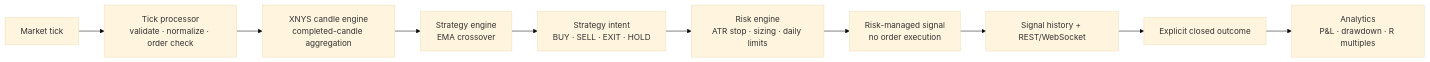
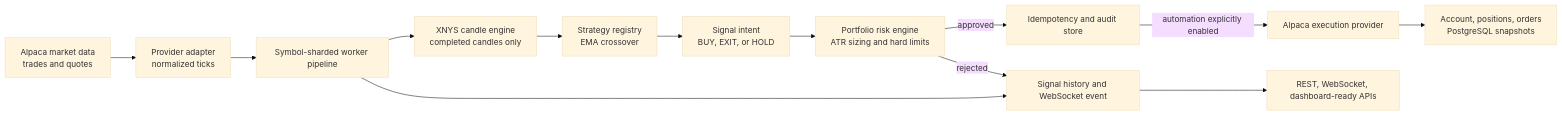
Before and after one commit to SushantManglekar/algo-trading-system: the first of 4 diagrams in README.md, drawn with Mermaid (base theme). The commit also changed other lines of this file, not shown here.

````diff
--- a/README.md
+++ b/README.md
@@ -23,12 +28,15 @@
 ```mermaid
 flowchart LR
-    A["Market tick"] --> B["Tick processor\nvalidate · normalize · order check"]
-    B --> C["XNYS candle engine\ncompleted-candle aggregation"]
-    C --> D["Strategy engine\nEMA crossover"]
-    D --> E["Strategy intent\nBUY · SELL · EXIT · HOLD"]
-    E --> F["Risk engine\nATR stop · sizing · daily limits"]
-    F --> G["Risk-managed signal\nno order execution"]
-    G --> H["Signal history + REST/WebSocket"]
-    H --> I["Explicit closed outcome"]
-    I --> J["Analytics\nP&L · drawdown · R multiples"]
+    Data["Alpaca market data\ntrades and quotes"] --> Provider["Provider adapter\nnormalized ticks"]
+    Provider --> Pipeline["Symbol-sharded worker pipeline"]
+    Pipeline --> Candle["XNYS candle engine\ncompleted candles only"]
+    Candle --> Strategy["Strategy registry\nEMA crossover"]
+    Strategy --> Intent["Signal intent\nBUY, EXIT, or HOLD"]
+    Intent --> Risk["Portfolio risk engine\nATR sizing and hard limits"]
+    Risk -->|approved| Audit["Idempotency and audit store"]
+    Audit -->|automation explicitly enabled| Broker["Alpaca execution provider"]
+    Risk -->|rejected| Events["Signal history and WebSocket event"]
+    Broker --> Portfolio["Account, positions, orders\nPostgreSQL snapshots"]
+    Pipeline --> Events
+    Events --> API["REST, WebSocket, dashboard-ready APIs"]
 ```
````
